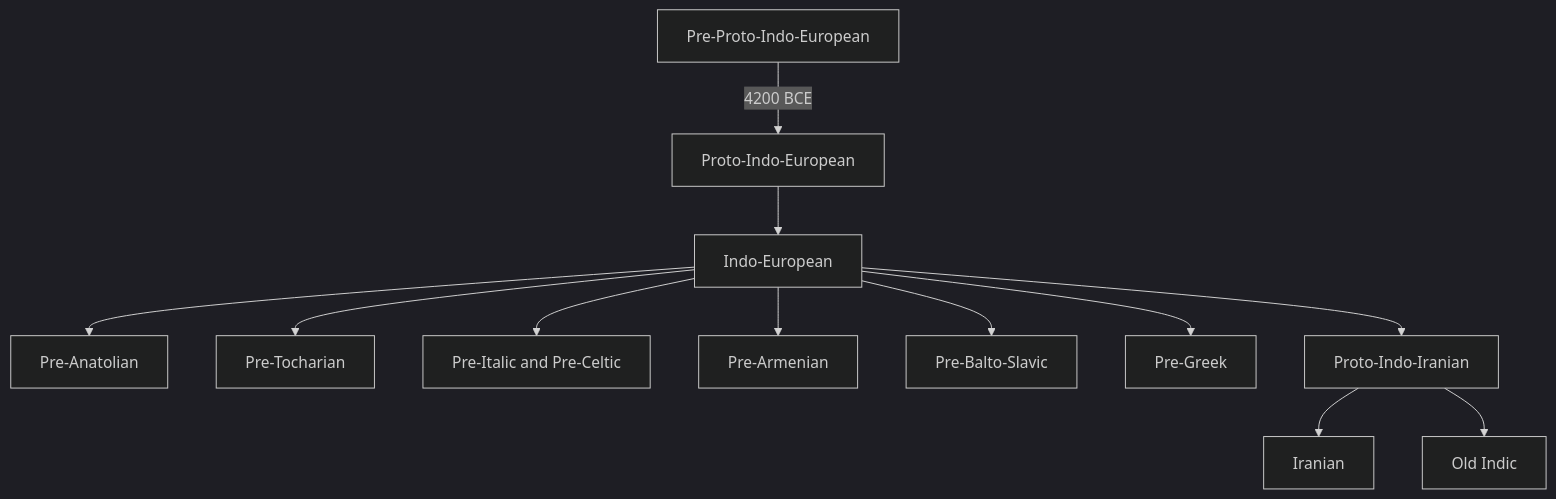
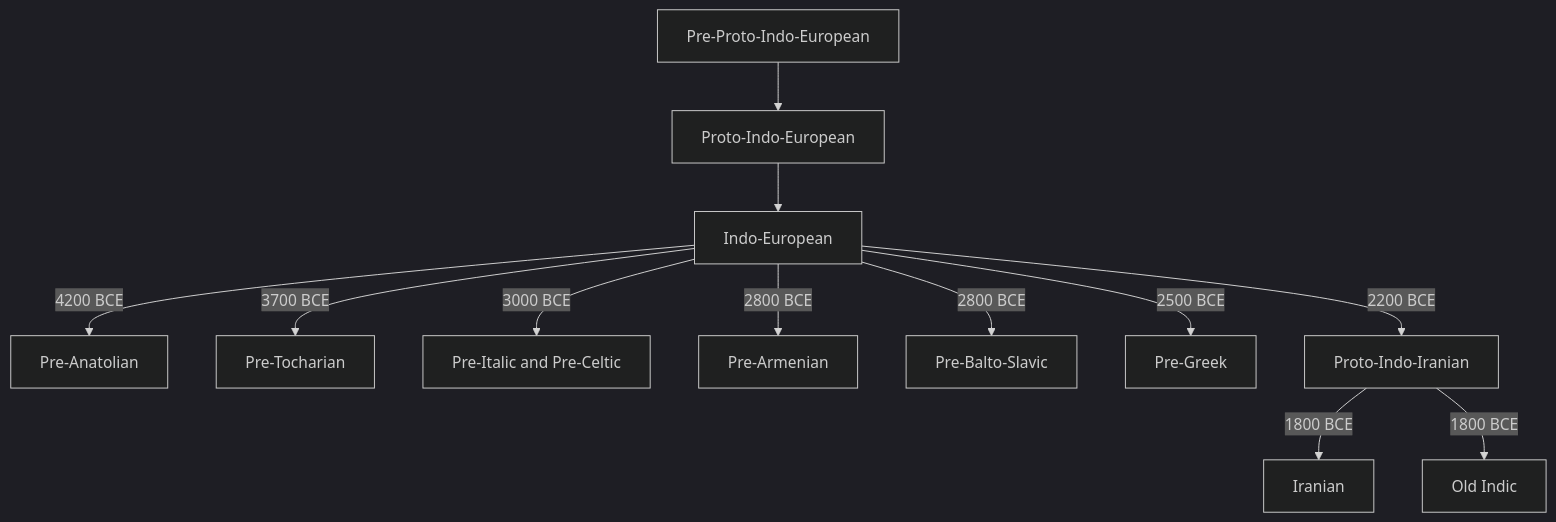
The diagram in README.md (soup-bp/lang-treemod-map), drawn with Mermaid (dark theme) before and after one commit.

````diff
--- a/README.md
+++ b/README.md
@@ -6,29 +6,29 @@
 ```mermaid
 graph TD;
     id1[Pre-Proto-Indo-European];
     id2[Proto-Indo-European];
     id3[Indo-European];
     id4[Pre-Anatolian];
     id5[Pre-Tocharian];
     id6[Pre-Italic and Pre-Celtic];
     id7[Pre-Armenian];
     id8[Pre-Balto-Slavic];
     id9[Pre-Greek];
     id10[Proto-Indo-Iranian];
     id11[Iranian];
     id12[Old Indic];
     
-    id1-->|4200 BCE|id2;
+    id1-->id2;
     id2-->id3;
-    id3-->id4;
-    id3-->id5;
-    id3-->id6;
-    id3-->id7;
-    id3-->id8;
-    id3-->id9;
-    id3-->id10;
-    id10-->id11;
-    id10-->id12;
+    id3-->|4200 BCE|id4;
+    id3-->|3700 BCE|id5;
+    id3-->|3000 BCE|id6;
+    id3-->|2800 BCE|id7;
+    id3-->|2800 BCE|id8;
+    id3-->|2500 BCE|id9;
+    id3-->|2200 BCE|id10;
+    id10-->|1800 BCE|id11;
+    id10-->|1800 BCE|id12;
 
    
 ```
````
